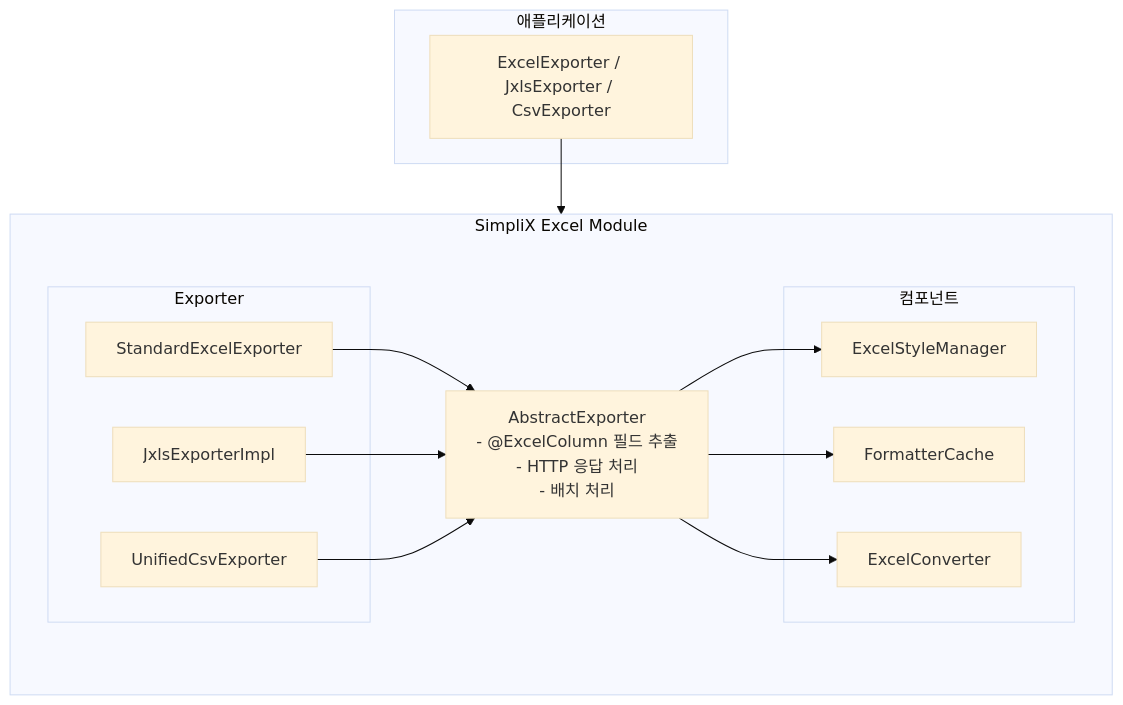
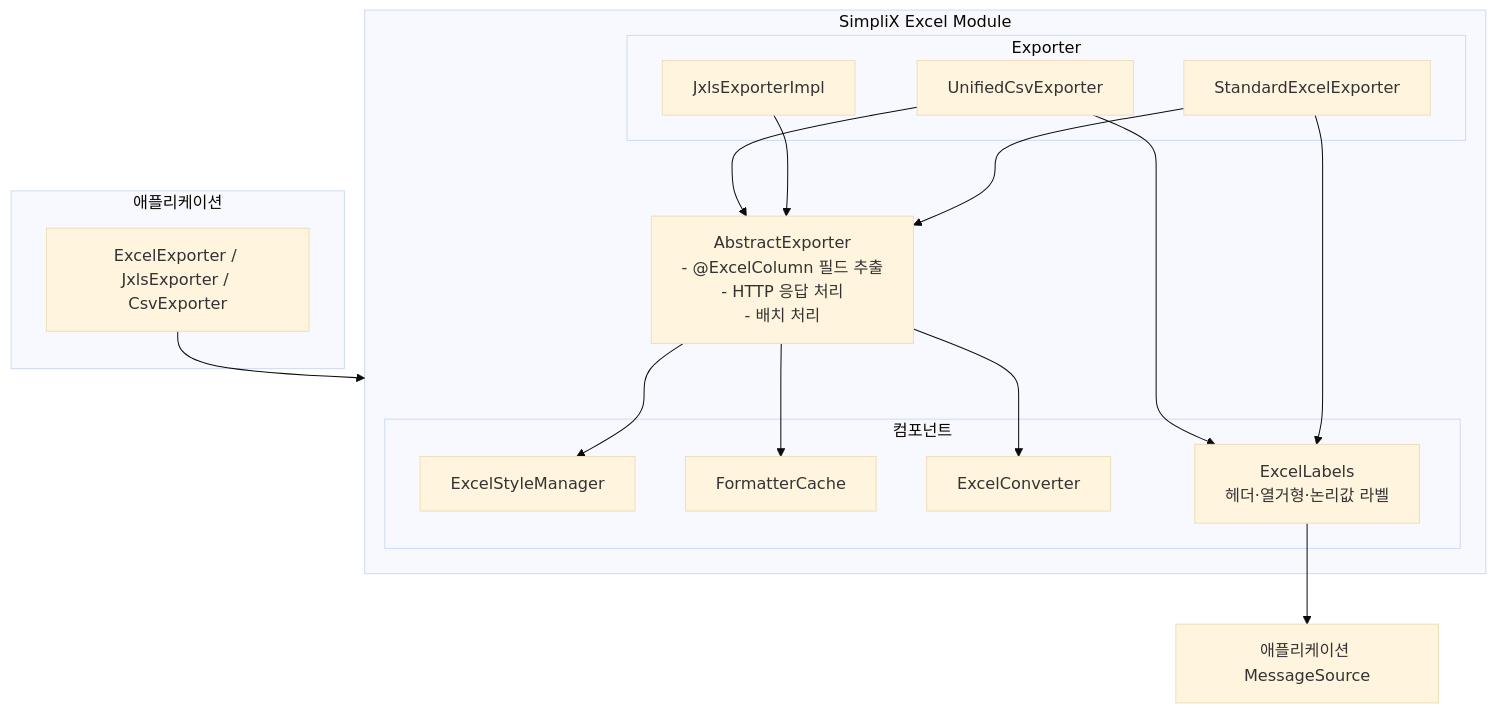
Before and after one commit to simplecore-inc/simplix: the diagram in simplix-excel/docs/ko/overview.md, drawn with Mermaid (base theme). The commit also changed other lines of this file and 11 other files, not shown here.

````diff
--- a/simplix-excel/docs/ko/overview.md
+++ b/simplix-excel/docs/ko/overview.md
@@ -24,31 +25,35 @@
 ```mermaid
 flowchart TB
     subgraph 애플리케이션["애플리케이션"]
         APP["ExcelExporter / JxlsExporter / CsvExporter"]
     end
 
     subgraph EXCEL_MODULE["SimpliX Excel Module"]
         subgraph EXPORTERS["Exporter"]
             STANDARD[StandardExcelExporter]
             JXLS[JxlsExporterImpl]
             CSV[UnifiedCsvExporter]
         end
 
         ABSTRACT["AbstractExporter<br/>- @ExcelColumn 필드 추출<br/>- HTTP 응답 처리<br/>- 배치 처리"]
 
         subgraph COMPONENTS["컴포넌트"]
             STYLE[ExcelStyleManager]
             FORMATTER[FormatterCache]
             CONVERTER[ExcelConverter]
+            LABELS["ExcelLabels<br/>헤더·열거형·논리값 라벨"]
         end
 
         STANDARD --> ABSTRACT
         JXLS --> ABSTRACT
         CSV --> ABSTRACT
         ABSTRACT --> STYLE
         ABSTRACT --> FORMATTER
         ABSTRACT --> CONVERTER
+        STANDARD --> LABELS
+        CSV --> LABELS
     end
 
     APP --> EXCEL_MODULE
+    LABELS --> MSG[애플리케이션 MessageSource]
 ```
````
